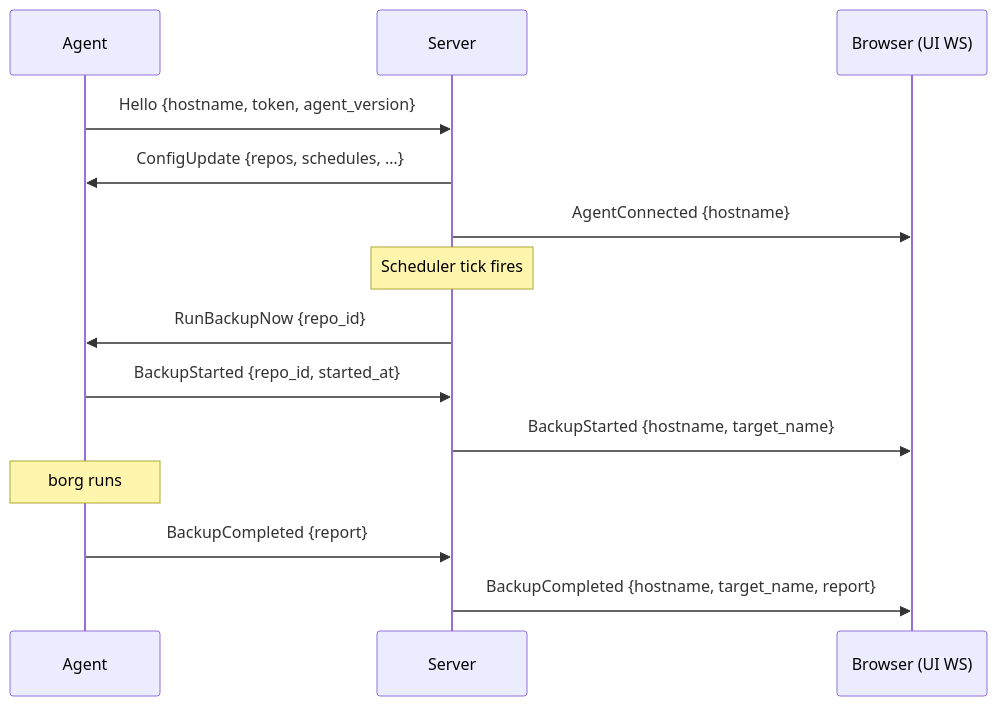
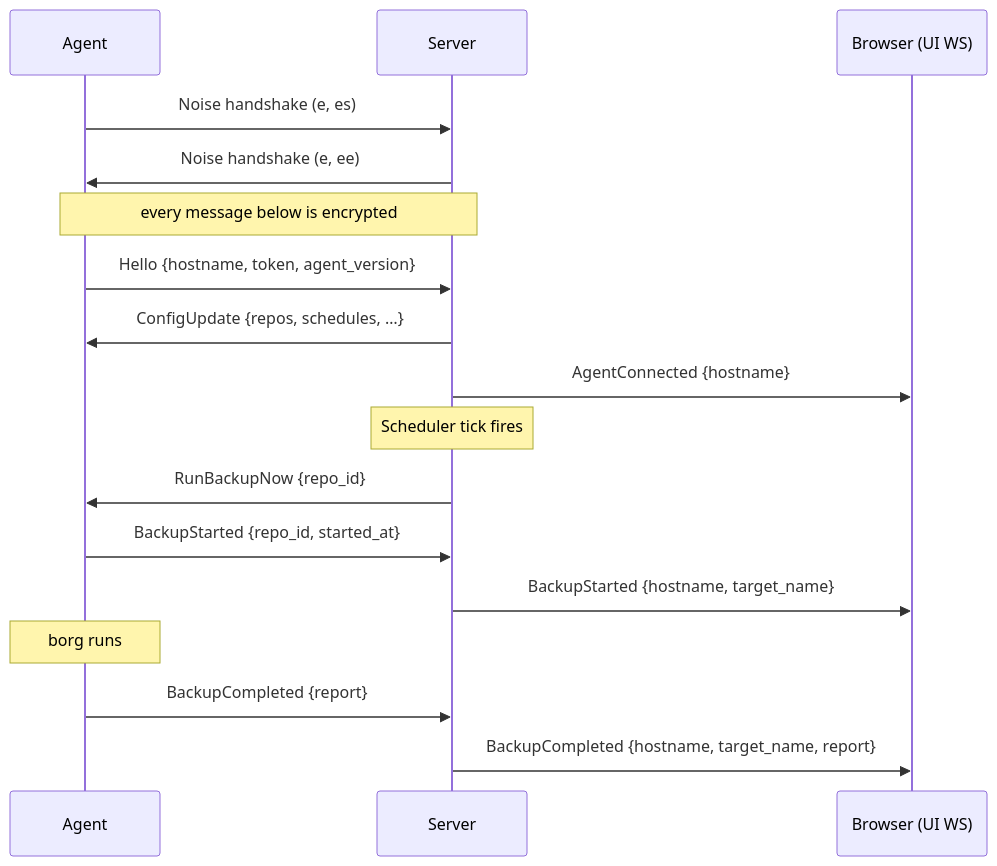
The second of 3 diagrams in docs/architecture.md (alexmohr/assimilate), drawn with Mermaid before and after one commit. The commit also changed other lines of this file and 72 other files, not shown here.

````diff
--- a/docs/architecture.md
+++ b/docs/architecture.md
@@ -68,21 +70,24 @@
 ```mermaid
 sequenceDiagram
     participant Agent
     participant Server
     participant UI as Browser (UI WS)
 
+    Agent->>Server: Noise handshake (e, es)
+    Server->>Agent: Noise handshake (e, ee)
+    Note over Agent,Server: every message below is encrypted
     Agent->>Server: Hello {hostname, token, agent_version}
     Server->>Agent: ConfigUpdate {repos, schedules, …}
     Server->>UI: AgentConnected {hostname}
 
     Note over Server: Scheduler tick fires
 
     Server->>Agent: RunBackupNow {repo_id}
     Agent->>Server: BackupStarted {repo_id, started_at}
     Server->>UI: BackupStarted {hostname, target_name}
 
     Note over Agent: borg runs
 
     Agent->>Server: BackupCompleted {report}
     Server->>UI: BackupCompleted {hostname, target_name, report}
 ```
````
